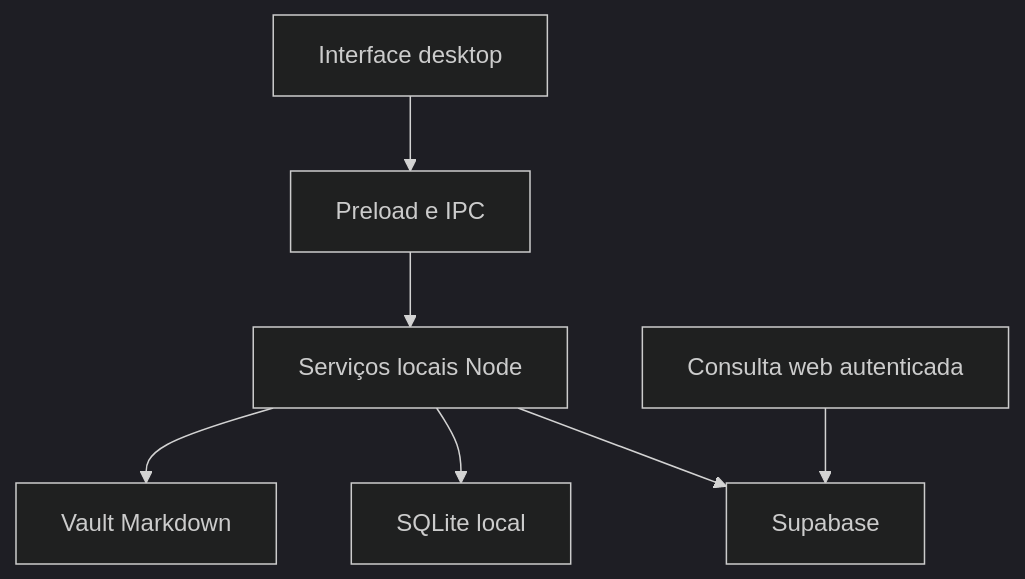
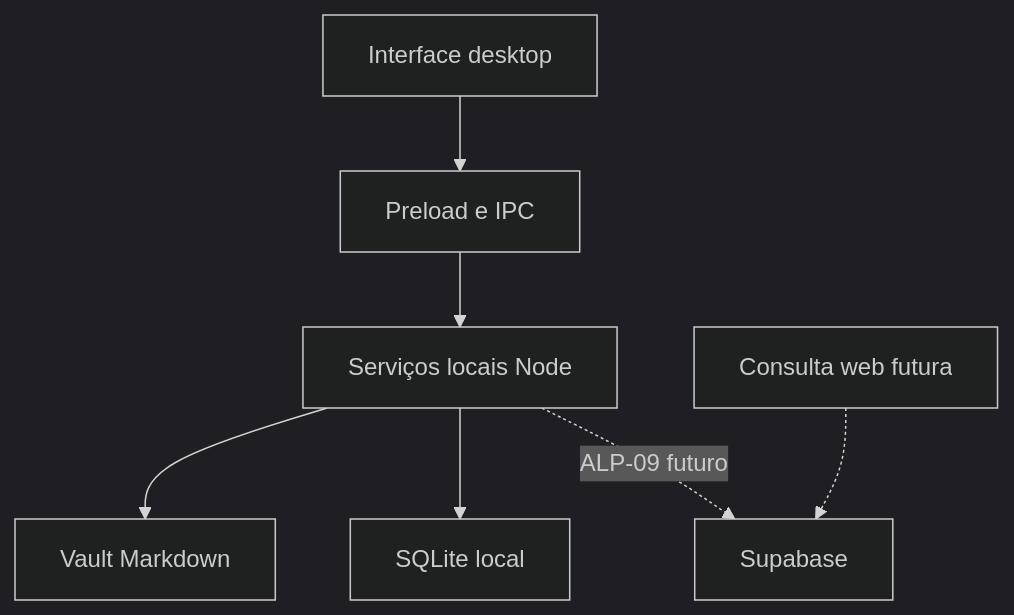
One commit to rafafrd/Nodus changed the diagram in docs/architecture/README.md. Above: the diagram before and after it, drawn with Mermaid (dark theme). The commit also changed other lines of this file and 33 other files, not shown here.

````diff
--- a/docs/architecture/README.md
+++ b/docs/architecture/README.md
@@ -9,9 +9,9 @@
 ```mermaid
 flowchart TB
   R["Interface desktop"] --> P["Preload e IPC"]
   P --> M["Serviços locais Node"]
   M --> V["Vault Markdown"]
   M --> L["SQLite local"]
-  M --> S["Supabase"]
-  W["Consulta web autenticada"] --> S
+  M -. "ALP-09 futuro" .-> S["Supabase"]
+  W["Consulta web futura"] -.-> S
 ```
````
